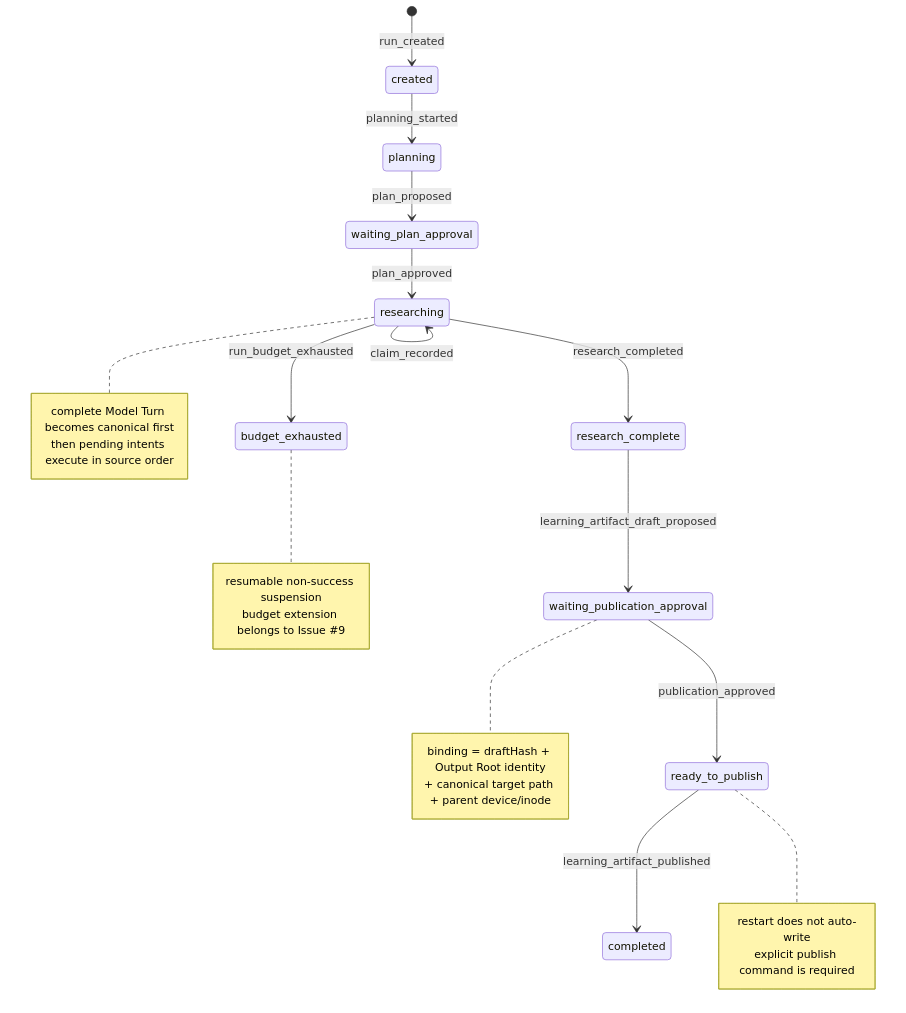
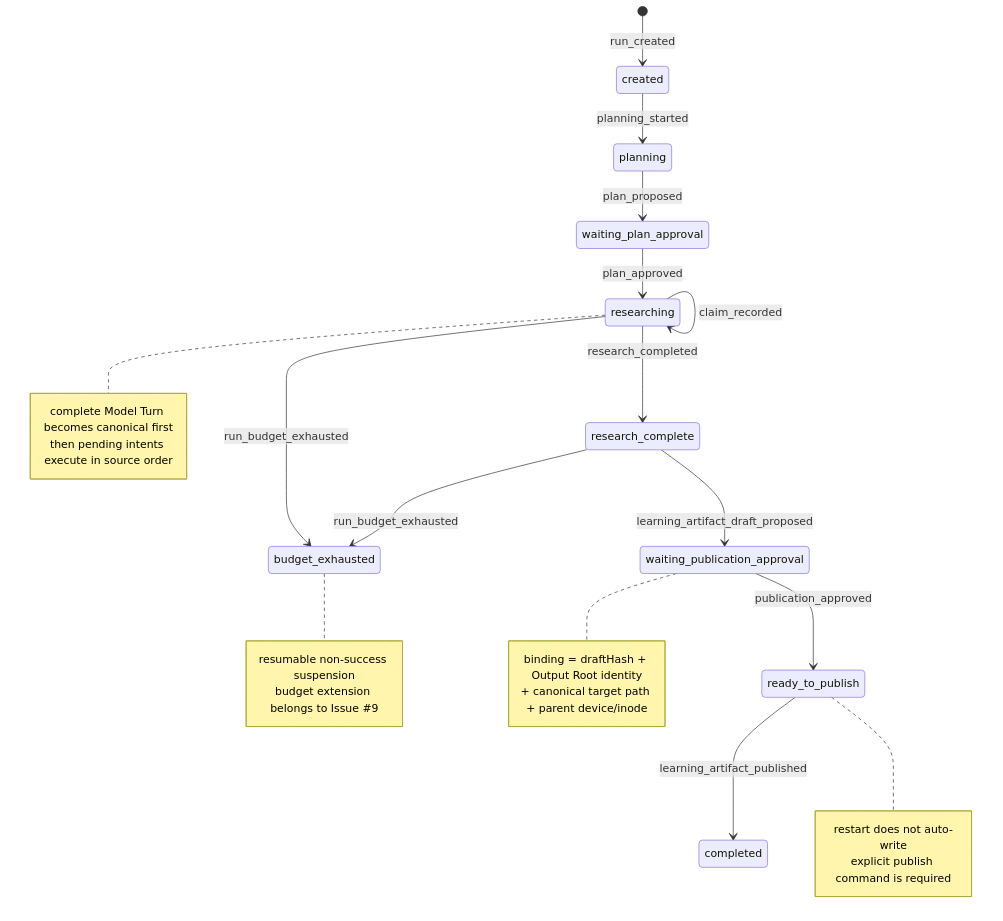
Before and after one commit to nightsu/ai-stuff: the second of 2 diagrams in projects/evidence-research-agent/docs/architecture.md, drawn with Mermaid. The commit also changed 3 other files, not shown here.

````diff
--- a/projects/evidence-research-agent/docs/architecture.md
+++ b/projects/evidence-research-agent/docs/architecture.md
@@ -102,37 +102,38 @@
 ```mermaid
 stateDiagram-v2
   [*] --> created: run_created
   created --> planning: planning_started
   planning --> waiting_plan_approval: plan_proposed
   waiting_plan_approval --> researching: plan_approved
   researching --> researching: model_turn_completed
   researching --> researching: research_tool_observed
   researching --> researching: source_read_observed
   researching --> researching: evidence_recorded
   researching --> researching: claim_recorded
   researching --> research_complete: research_completed
   researching --> budget_exhausted: run_budget_exhausted
+  research_complete --> budget_exhausted: run_budget_exhausted
   research_complete --> waiting_publication_approval: learning_artifact_draft_proposed
   waiting_publication_approval --> ready_to_publish: publication_approved
   ready_to_publish --> completed: learning_artifact_published
 
   note right of researching
     complete Model Turn becomes canonical first
     then pending intents execute in source order
   end note
 
   note right of budget_exhausted
     resumable non-success suspension
     budget extension belongs to Issue #9
   end note
 
   note right of waiting_publication_approval
     binding = draftHash + Output Root identity
     + canonical target path + parent device/inode
   end note
 
   note right of ready_to_publish
     restart does not auto-write
     explicit publish command is required
   end note
 ```
````
